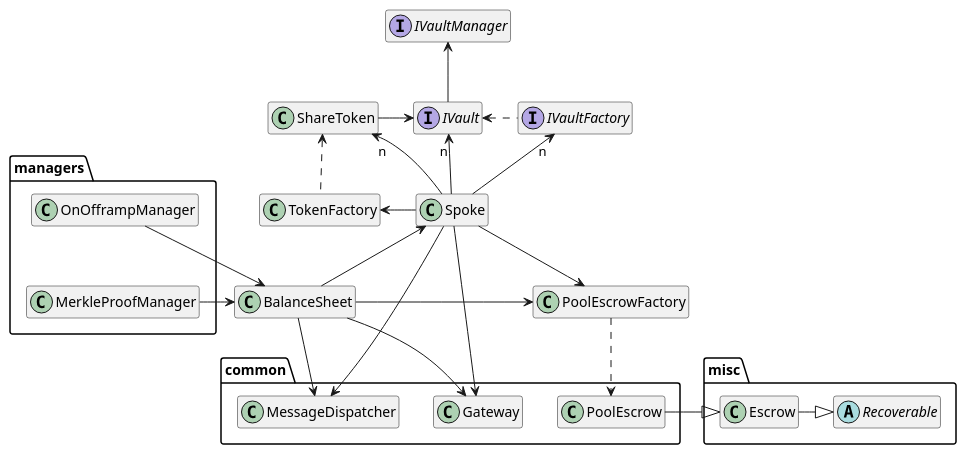
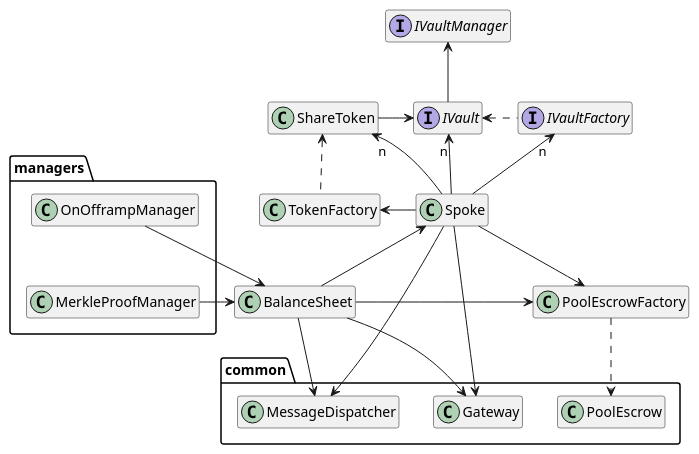
The diagram in docs/architecture/spoke.puml (centrifuge/protocol), drawn with PlantUML before and after one commit. The commit also changed 1 other file, not shown here.

Commit message:
move escrow diagram to common

```diff
--- a/docs/architecture/spoke.puml
+++ b/docs/architecture/spoke.puml
@@ -1,66 +1,59 @@
 @startuml
 hide empty members
-
-package misc {
-    abstract Recoverable
-    class Escrow
-}
 
 package common {
     class Gateway
     class MessageDispatcher
     class PoolEscrow
 }
 
 package managers {
     class OnOfframpManager
     class MerkleProofManager
 }
 
 class Hidden
 
 class Spoke
 class ShareToken
 class BalanceSheet
 class PoolEscrowFactory
 class TokenFactory
 
 interface IVaultFactory
 interface IVault
 interface IVaultManager
 
 Spoke -left-> TokenFactory
 Spoke -down-> PoolEscrowFactory
 Spoke -up->"n" IVaultFactory
 Spoke -up->"n" ShareToken
 Spoke -up->"n" IVault
 Spoke ---> Gateway
 Spoke ---> MessageDispatcher
 
 BalanceSheet -right-> PoolEscrowFactory
 BalanceSheet -left--> Spoke
 BalanceSheet --> MessageDispatcher
 BalanceSheet --> Gateway
 
 PoolEscrowFactory .right.> PoolEscrow
-PoolEscrow -right-|> Escrow
-Escrow -right-|> Recoverable
 
 ShareToken -right-> IVault
 IVault -up-> IVaultManager
 
 OnOfframpManager -down-> BalanceSheet
 MerkleProofManager -up-> BalanceSheet
 
 TokenFactory .up.> ShareToken
 IVaultFactory .left.> IVault
 
 ' Hidden stuff to make things more visual
 
 hide Hidden
 
 OnOfframpManager -down[hidden]-> MerkleProofManager
 MerkleProofManager -down-> Hidden
 Hidden -up-> BalanceSheet
 
 @enduml
```
